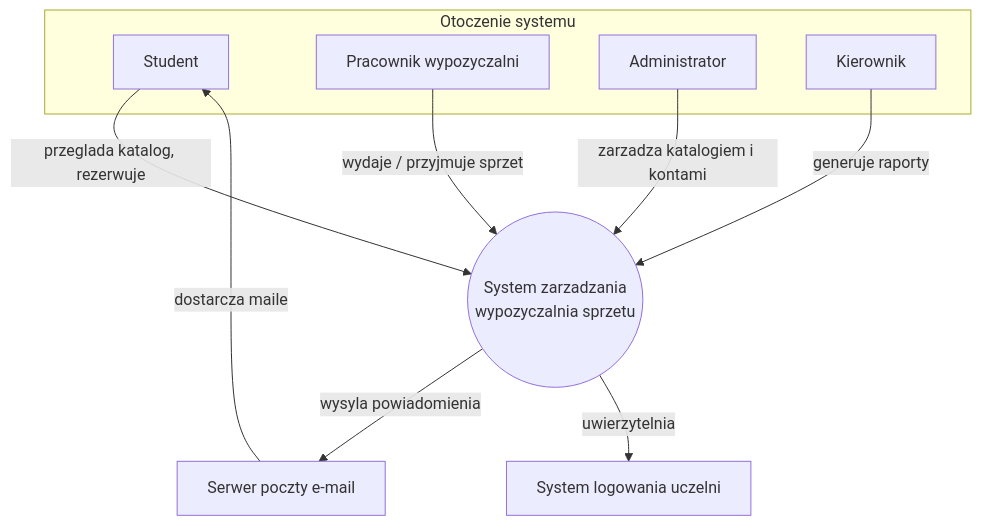
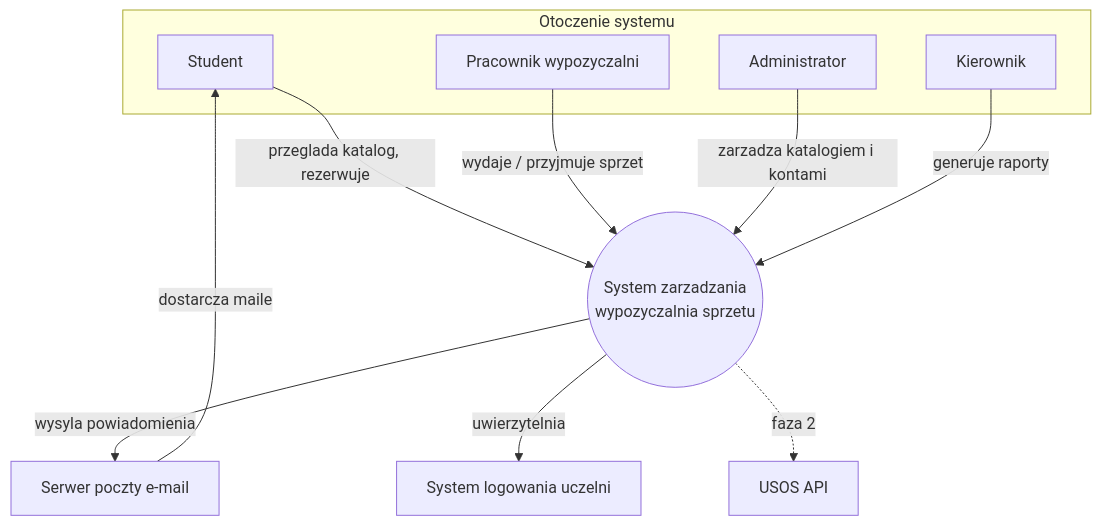
One commit to artkowal/TMP-student-gear-rental changed the first of 2 diagrams in docs/01-kontekst-interesariusze.md. Above: the diagram before and after it, drawn with Mermaid. The commit also changed 3 other files, not shown here.

````diff
--- a/docs/01-kontekst-interesariusze.md
+++ b/docs/01-kontekst-interesariusze.md
@@ -45,23 +45,26 @@
 ```mermaid
 flowchart TB
     subgraph EXT[Otoczenie systemu]
         STUD[Student]
         PRAC[Pracownik wypozyczalni]
         ADMIN[Administrator]
         KIER[Kierownik]
     end
 
     SYS((System zarzadzania<br/>wypozyczalnia sprzetu))
 
     MAIL[Serwer poczty e-mail]
     LDAP[System logowania uczelni]
 
     STUD -->|przeglada katalog, rezerwuje| SYS
     PRAC -->|wydaje / przyjmuje sprzet| SYS
     ADMIN -->|zarzadza katalogiem i kontami| SYS
     KIER -->|generuje raporty| SYS
 
     SYS -->|wysyla powiadomienia| MAIL
     SYS -->|uwierzytelnia| LDAP
     MAIL -->|dostarcza maile| STUD
+
+    USOS[USOS API]
+    SYS -. faza 2 .-> USOS
 ```
````
